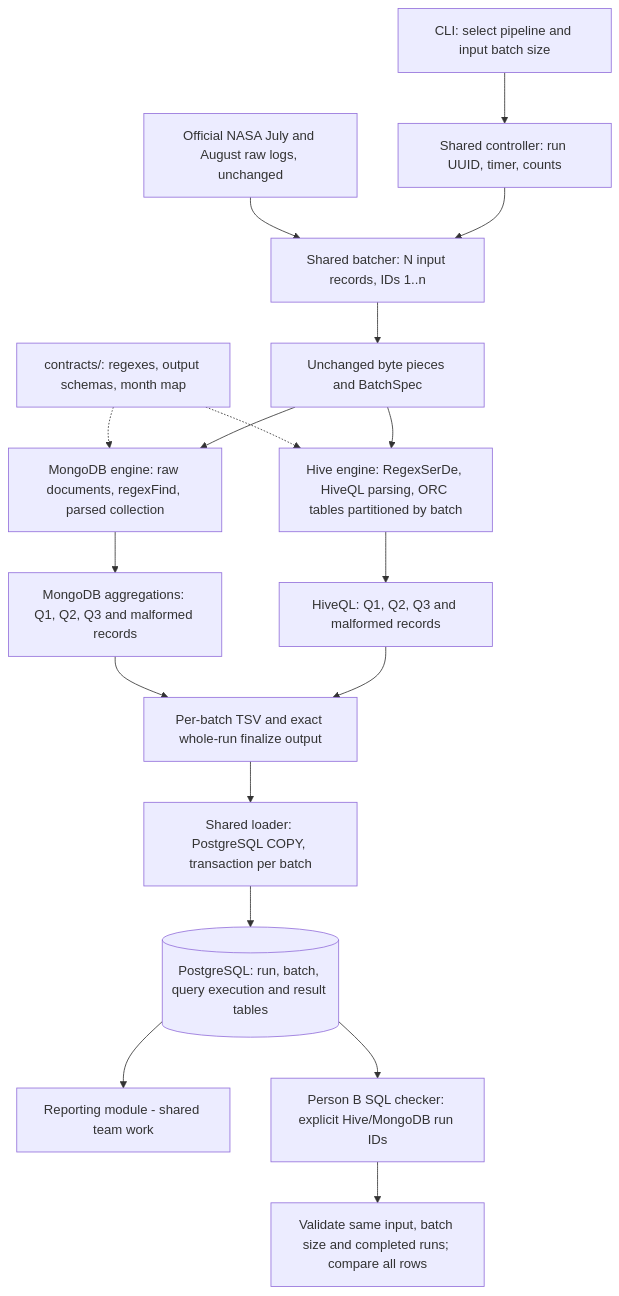
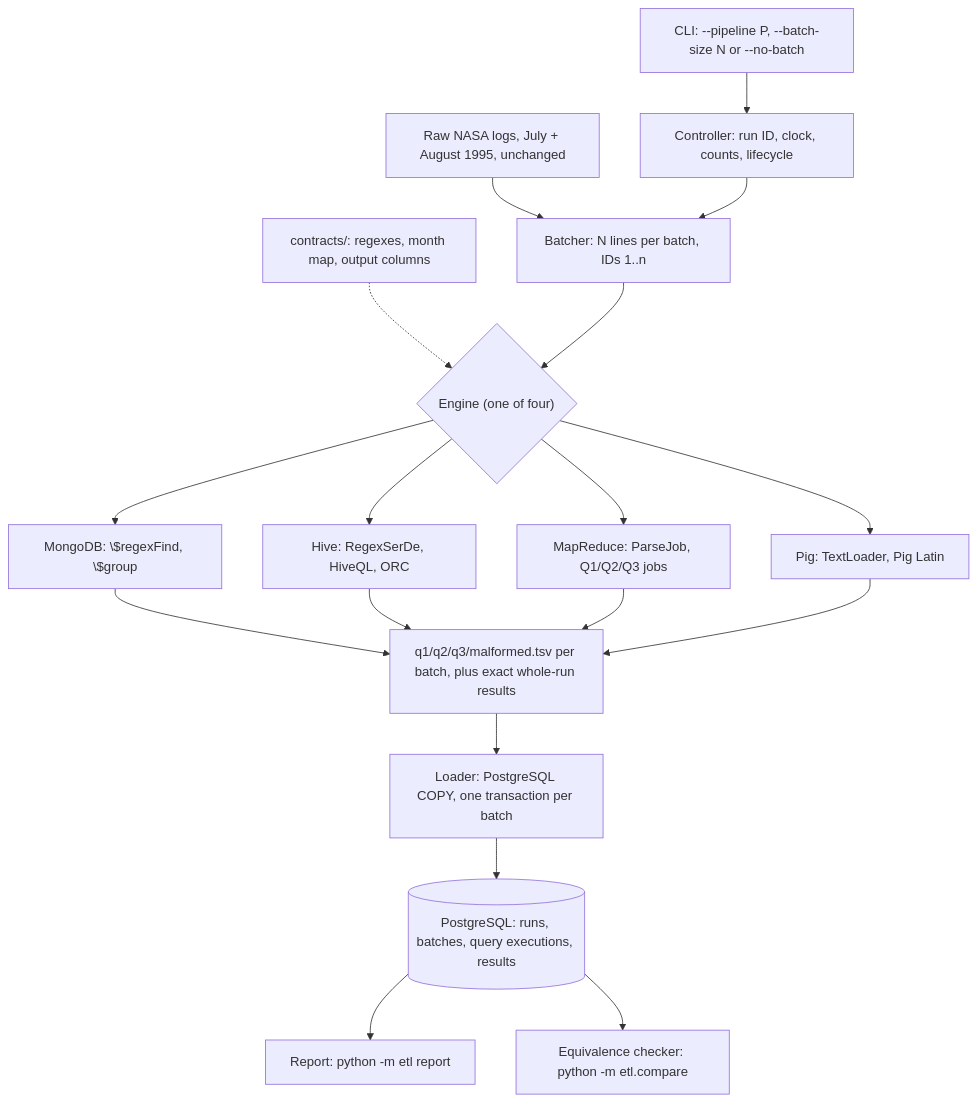
One commit to sahiti3636/NoSQL_project changed the diagram in docs/ARCHITECTURE.md. Above: the diagram before and after it, drawn with Mermaid. The commit also changed other lines of this file and 72 other files, not shown here.

Commit message:
Final submission: four engines verified batched and unbatched, timestamp field, Pig/MapReduce/MongoDB fixes, docs and final report

````diff
--- a/docs/ARCHITECTURE.md
+++ b/docs/ARCHITECTURE.md
@@ -5,20 +7,20 @@
 ```mermaid
 flowchart TD
-  U[CLI: select pipeline and input batch size] --> C[Shared controller: run UUID, timer, counts]
-  D[Official NASA July and August raw logs, unchanged] --> B[Shared batcher: N input records, IDs 1..n]
+  U["CLI: --pipeline P, --batch-size N or --no-batch"] --> C["Controller: run ID, clock, counts, lifecycle"]
+  D["Raw NASA logs, July + August 1995, unchanged"] --> B["Batcher: N lines per batch, IDs 1..n"]
   C --> B
-  B --> I[Unchanged byte pieces and BatchSpec]
-  K[contracts/: regexes, output schemas, month map] -.-> M
-  K -.-> H
-  I --> M[MongoDB engine: raw documents, regexFind, parsed collection]
-  I --> H[Hive engine: RegexSerDe, HiveQL parsing, ORC tables partitioned by batch]
-  M --> MQ[MongoDB aggregations: Q1, Q2, Q3 and malformed records]
-  H --> HQ[HiveQL: Q1, Q2, Q3 and malformed records]
-  MQ --> F[Per-batch TSV and exact whole-run finalize output]
-  HQ --> F
-  F --> L[Shared loader: PostgreSQL COPY, transaction per batch]
-  L --> P[(PostgreSQL: run, batch, query execution and result tables)]
-  P --> R[Reporting module - shared team work]
-  P --> E[Person B SQL checker: explicit Hive/MongoDB run IDs]
-  E --> V[Validate same input, batch size and completed runs; compare all rows]
+  K["contracts/: regexes, month map, output columns"] -.-> E
+  B --> E{"Engine (one of four)"}
+  E --> M["MongoDB: \$regexFind, \$group"]
+  E --> H["Hive: RegexSerDe, HiveQL, ORC"]
+  E --> R["MapReduce: ParseJob, Q1/Q2/Q3 jobs"]
+  E --> G["Pig: TextLoader, Pig Latin"]
+  M --> F["q1/q2/q3/malformed.tsv per batch, plus exact whole-run results"]
+  H --> F
+  R --> F
+  G --> F
+  F --> L["Loader: PostgreSQL COPY, one transaction per batch"]
+  L --> P[("PostgreSQL: runs, batches, query executions, results")]
+  P --> REP["Report: python -m etl report"]
+  P --> EQ["Equivalence checker: python -m etl.compare"]
 ```
````
